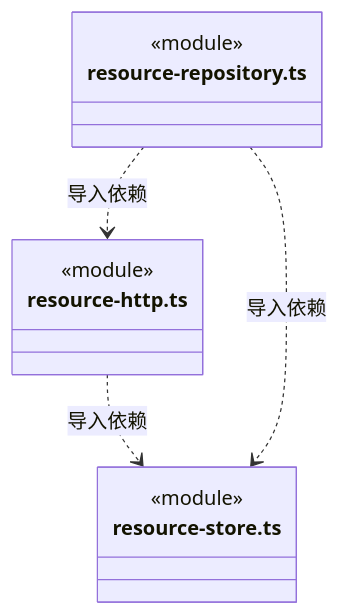
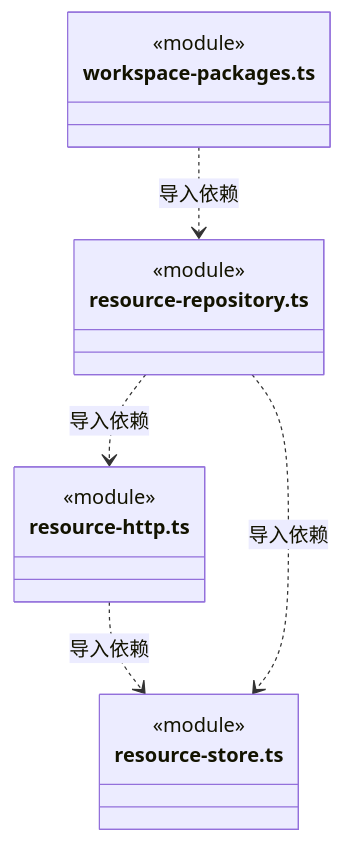
Before and after one commit to nan023062/cbim: the seventh of 7 diagrams in src/backend/main/resources/ARCHITECTURE.md, drawn with Mermaid. The commit also changed other lines of this file and 240 other files, not shown here.

````diff
--- a/src/backend/main/resources/ARCHITECTURE.md
+++ b/src/backend/main/resources/ARCHITECTURE.md
@@ -112,15 +181,19 @@
 ```mermaid
 classDiagram
 class N_src_backend_main_resources_resource_http_ts["resource-http.ts"] {
   <<module>>
 }
 class N_src_backend_main_resources_resource_store_ts["resource-store.ts"] {
   <<module>>
 }
 class N_src_backend_main_resources_resource_repository_ts["resource-repository.ts"] {
   <<module>>
 }
+class N_src_backend_main_resources_workspace_packages_ts["workspace-packages.ts"] {
+  <<module>>
+}
 N_src_backend_main_resources_resource_http_ts ..> N_src_backend_main_resources_resource_store_ts : 导入依赖
 N_src_backend_main_resources_resource_repository_ts ..> N_src_backend_main_resources_resource_store_ts : 导入依赖
 N_src_backend_main_resources_resource_repository_ts ..> N_src_backend_main_resources_resource_http_ts : 导入依赖
+N_src_backend_main_resources_workspace_packages_ts ..> N_src_backend_main_resources_resource_repository_ts : 导入依赖
 ```
````
